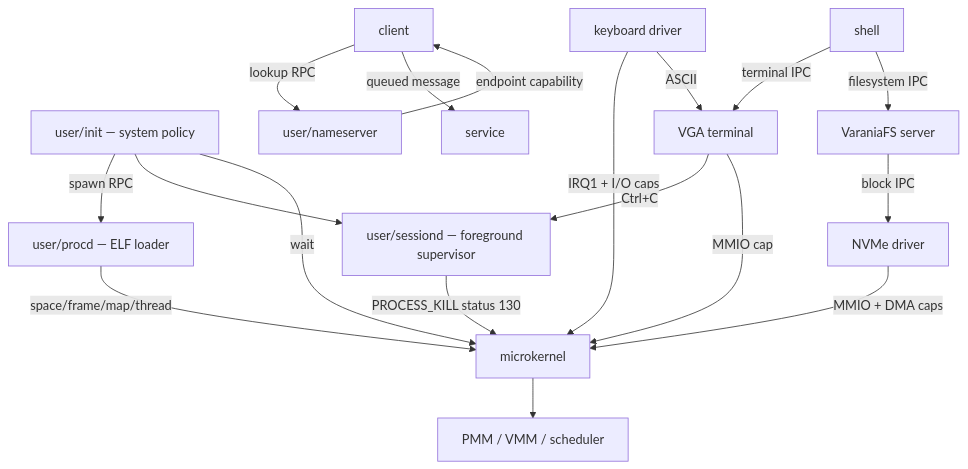
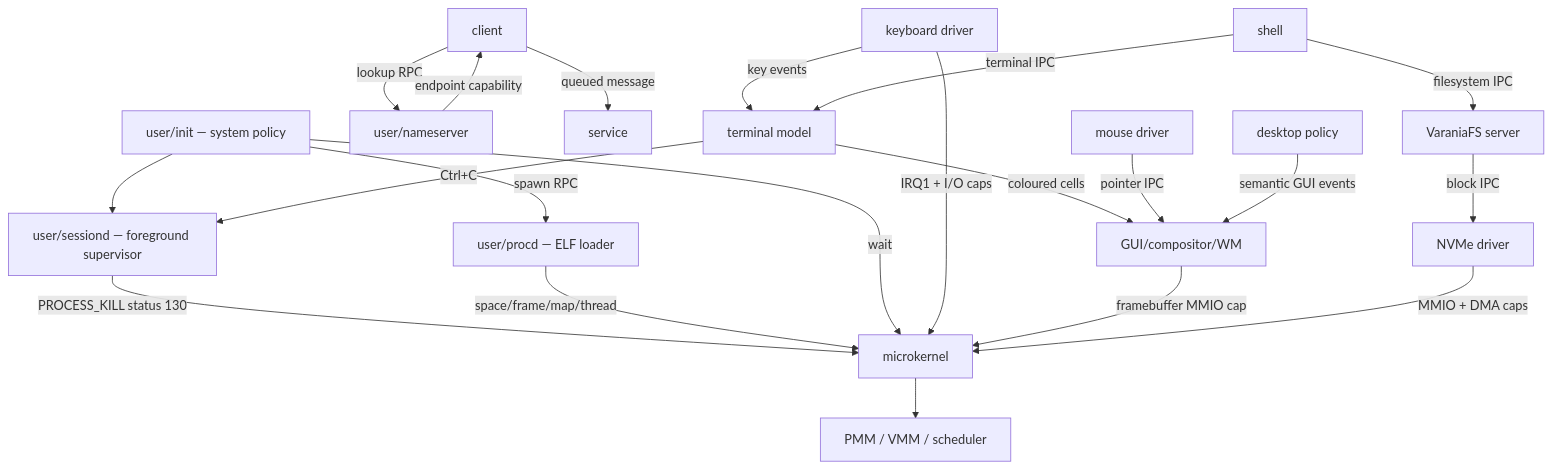
The first of 2 diagrams in docs/ARCHITECTURE.md (VladimirKraswov/varania-os), drawn with Mermaid before and after one commit. The commit also changed other lines of this file and 44 other files, not shown here.

Commit message:
Add user-space GUI desktop and window manager

````diff
--- a/docs/ARCHITECTURE.md
+++ b/docs/ARCHITECTURE.md
@@ -19,20 +19,23 @@
 ```mermaid
 flowchart TB
     I["user/init — system policy"] -->|"spawn RPC"| P["user/procd — ELF loader"]
     I --> V["user/sessiond — foreground supervisor"]
     V -->|"PROCESS_KILL status 130"| K
     C["client"] -->|"lookup RPC"| N["user/nameserver"]
     N -->|"endpoint capability"| C
     C -->|"queued message"| S["service"]
     P -->|"space/frame/map/thread"| K["microkernel"]
     I -->|"wait"| K
     D["keyboard driver"] -->|"IRQ1 + I/O caps"| K
-    D -->|"ASCII"| T["VGA terminal"]
+    D -->|"key events"| T["terminal model"]
     T -->|"Ctrl+C"| V
-    T -->|"MMIO cap"| K
+    T -->|"coloured cells"| G["GUI/compositor/WM"]
+    MD["mouse driver"] -->|"pointer IPC"| G
+    G -->|"framebuffer MMIO cap"| K
+    DS["desktop policy"] -->|"semantic GUI events"| G
     H["shell"] -->|"terminal IPC"| T
     H -->|"filesystem IPC"| F["VaraniaFS server"]
     F -->|"block IPC"| B["NVMe driver"]
     B -->|"MMIO + DMA caps"| K
     K --> M["PMM / VMM / scheduler"]
 ```
````
